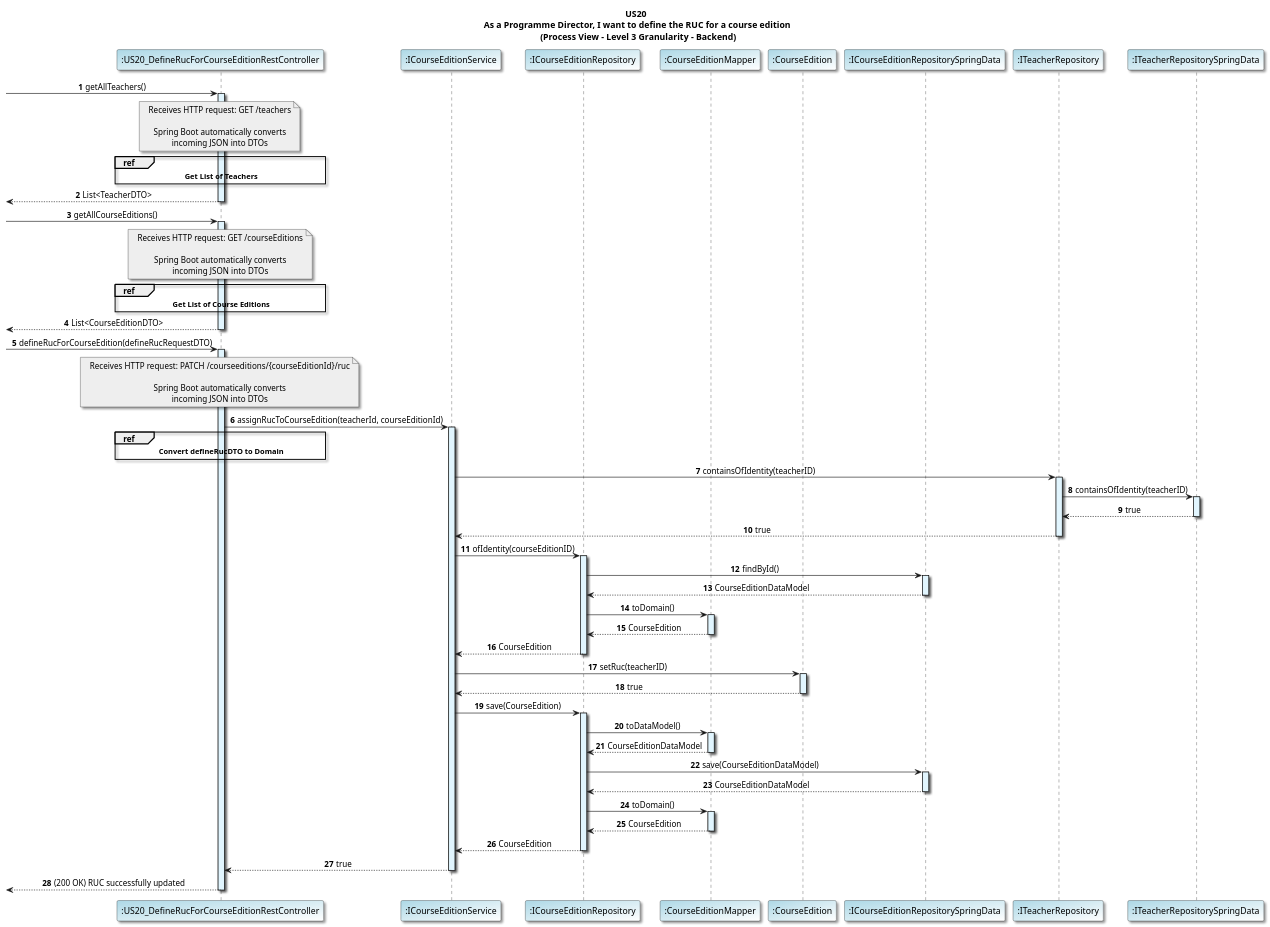
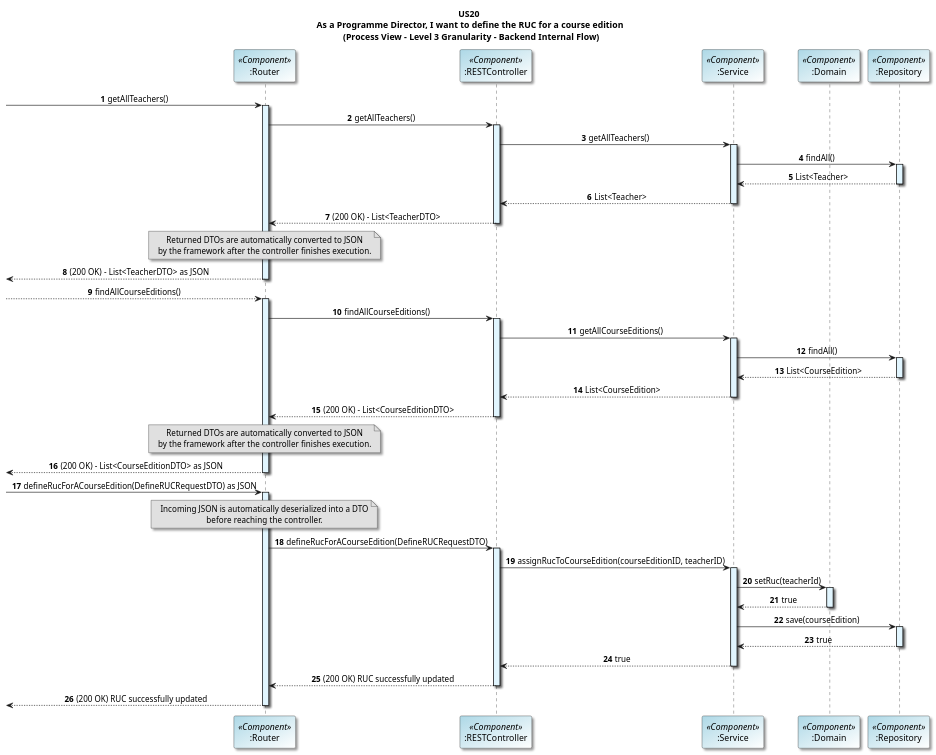
One commit to GasparISEP/DevOps-PAI changed the diagram in docs/US20/sprint6_RestAPI/processView/DefineRUCForACourseEdition_Level3Granularity.puml. Above: the diagram before and after it, drawn with PlantUML.

Commit message:
Refs #545, #536: Minor updates on process view diagram with level 3 granularity for DefineARucForCourseEdition functionality

```diff
--- a/docs/US20/sprint6_RestAPI/processView/DefineRUCForACourseEdition_Level3Granularity.puml
+++ b/docs/US20/sprint6_RestAPI/processView/DefineRUCForACourseEdition_Level3Granularity.puml
@@ -1,135 +1,104 @@
 @startuml
-title US20 \n As a Programme Director, I want to define the RUC for a course edition \n (Process View - Level 3 Granularity - Backend)
+title US20 \n As a Programme Director, I want to define the RUC for a course edition \n (Process View - Level 3 Granularity - Backend Internal Flow)
 
 skinparam titleFontName "Verdana"
 skinparam defaultFontName "Verdana"
 skinparam defaultTextAlignment center
 skinparam shadowing true
 skinparam actorBackgroundColor #lightblue
 skinparam participantBackgroundColor #lightblue/white
-
 autonumber
 
-participant ":US20_DefineRucForCourseEditionRestController" as Controller
-participant ":ICourseEditionService" as CourseService
-participant ":ICourseEditionRepository" as CourseRepo
-participant ":CourseEditionMapper" as CourseMapper
-participant ":CourseEdition" as CourseEdition
-participant ":ICourseEditionRepositorySpringData" as SpringCourseRepo
-participant ":ITeacherRepository" as TeacherRepo
-participant ":ITeacherRepositorySpringData" as TeacherRepoSpringData
-'--- Find Teachers ---
--> Controller : getAllTeachers()
-activate Controller #E1F5FE
+participant ":Router" as Router <<Component>>
+participant ":RESTController" as Controller <<Component>>
+participant ":Service" as Service <<Component>>
+participant ":Domain" as Domain <<Component>>
+participant ":Repository" as Repository <<Component>>
 
-note over Controller #EEEEEE
-Receives HTTP request: GET /teachers
 
-Spring Boot automatically converts
-incoming JSON into DTOs
+-> Router: getAllTeachers()
+
+
+activate Router #E1F5FE
+
+Router -> Controller: getAllTeachers()
+activate Controller  #E1F5FE
+
+Controller -> Service: getAllTeachers()
+activate Service  #E1F5FE
+
+Service -> Repository: findAll()
+activate Repository  #E1F5FE
+
+
+Repository --> Service: List<Teacher>
+deactivate Repository
+Service --> Controller: List<Teacher>
+deactivate Service
+Controller --> Router: (200 OK) – List<TeacherDTO>
+deactivate Controller
+note over Router #E0E0E0
+  Returned DTOs are automatically converted to JSON
+  by the framework after the controller finishes execution.
+end note
+<-- Router: (200 OK) – List<TeacherDTO> as JSON
+deactivate Router
+
+
+
+
+
+--> Router: findAllCourseEditions()
+activate Router  #E1F5FE
+Router -> Controller: findAllCourseEditions()
+activate Controller  #E1F5FE
+
+Controller -> Service: getAllCourseEditions()
+activate Service  #E1F5FE
+
+Service -> Repository: findAll()
+activate Repository  #E1F5FE
+
+Repository --> Service: List<CourseEdition>
+deactivate Repository
+Service --> Controller: List<CourseEdition>
+deactivate Service
+Controller --> Router: (200 OK) – List<CourseEditionDTO>
+deactivate Controller
+note over Router #E0E0E0
+  Returned DTOs are automatically converted to JSON
+  by the framework after the controller finishes execution.
+end note
+<-- Router: (200 OK) - List<CourseEditionDTO> as JSON
+deactivate Router
+
+-> Router: defineRucForACourseEdition(DefineRUCRequestDTO) as JSON
+activate Router #E1F5FE
+
+note over Router #E0E0E0
+  Incoming JSON is automatically deserialized into a DTO
+  before reaching the controller.
 end note
 
-ref over Controller
-       <b>Get List of Teachers</b>
-end ref
-
-<-- Controller : List<TeacherDTO>
-
-deactivate Controller
-
-
-' --- Find Course Editions ---
--> Controller : getAllCourseEditions()
+Router -> Controller: defineRucForACourseEdition(DefineRUCRequestDTO)
 activate Controller  #E1F5FE
 
-note over Controller #EEEEEE
-Receives HTTP request: GET /courseEditions
+Controller -> Service: assignRucToCourseEdition(courseEditionID, teacherID)
+activate Service  #E1F5FE
 
-Spring Boot automatically converts
-incoming JSON into DTOs
-end note
+Service -> Domain: setRuc(teacherId)
+activate Domain  #E1F5FE
+Domain --> Service: true
+deactivate Domain
 
-ref over Controller
-       <b>Get List of Course Editions</b>
-end ref
-
-<-- Controller : List<CourseEditionDTO>
-
+Service -> Repository: save(courseEdition)
+activate Repository  #E1F5FE
+Repository --> Service: true
+deactivate Repository
+Service --> Controller: true
+deactivate Service
+Controller --> Router: (200 OK) RUC successfully updated
 deactivate Controller
-
-
-'--- Assign RUC to Course Edition ---
--> Controller : defineRucForCourseEdition(defineRucRequestDTO)
-activate Controller #E1F5FE
-
-note over Controller #EEEEEE
-Receives HTTP request: PATCH /courseeditions/{courseEditionId}/ruc
-
-Spring Boot automatically converts
-incoming JSON into DTOs
-end note
-
-Controller -> CourseService: assignRucToCourseEdition(teacherId, courseEditionId)
-
-
-ref over Controller
-       <b>Convert defineRucDTO to Domain</b>
-end ref
-
-activate CourseService #E1F5FE
-
-CourseService -> TeacherRepo: containsOfIdentity(teacherID)
-activate TeacherRepo #E1F5FE
-TeacherRepo -> TeacherRepoSpringData: containsOfIdentity(teacherID)
-activate TeacherRepoSpringData #E1F5FE
-TeacherRepoSpringData --> TeacherRepo: true
-deactivate TeacherRepoSpringData
-TeacherRepo --> CourseService: true
-deactivate TeacherRepo
-
-CourseService -> CourseRepo : ofIdentity(courseEditionID)
-activate CourseRepo #E1F5FE
-CourseRepo -> SpringCourseRepo : findById()
-activate SpringCourseRepo #E1F5FE
-
-SpringCourseRepo --> CourseRepo : CourseEditionDataModel
-deactivate SpringCourseRepo
-CourseRepo -> CourseMapper : toDomain()
-activate CourseMapper #E1F5FE
-CourseMapper --> CourseRepo : CourseEdition
-deactivate CourseMapper
-CourseRepo --> CourseService : CourseEdition
-deactivate CourseRepo
-
-
-CourseService -> CourseEdition : setRuc(teacherID)
-activate CourseEdition #E1F5FE
-CourseEdition --> CourseService : true
-deactivate CourseEdition
-
-
-CourseService -> CourseRepo : save(CourseEdition)
-activate CourseRepo #E1F5FE
-
-CourseRepo -> CourseMapper : toDataModel()
-activate CourseMapper #E1F5FE
-CourseMapper --> CourseRepo : CourseEditionDataModel
-deactivate CourseMapper
-CourseRepo -> SpringCourseRepo : save(CourseEditionDataModel)
-activate SpringCourseRepo #E1F5FE
-SpringCourseRepo --> CourseRepo : CourseEditionDataModel
-deactivate SpringCourseRepo
-CourseRepo -> CourseMapper : toDomain()
-activate CourseMapper #E1F5FE
-CourseMapper --> CourseRepo : CourseEdition
-deactivate CourseMapper
-CourseRepo --> CourseService : CourseEdition
-
-deactivate CourseRepo
-
-CourseService --> Controller : true
-deactivate CourseService
-<-- Controller:  (200 OK) RUC successfully updated
-deactivate Controller
-
+<-- Router: (200 OK) RUC successfully updated
+deactivate Router
 @enduml
```
